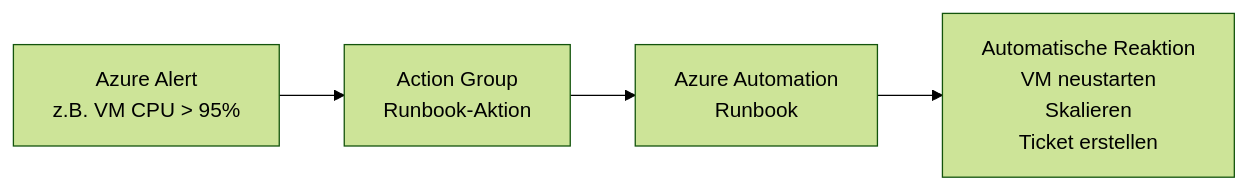
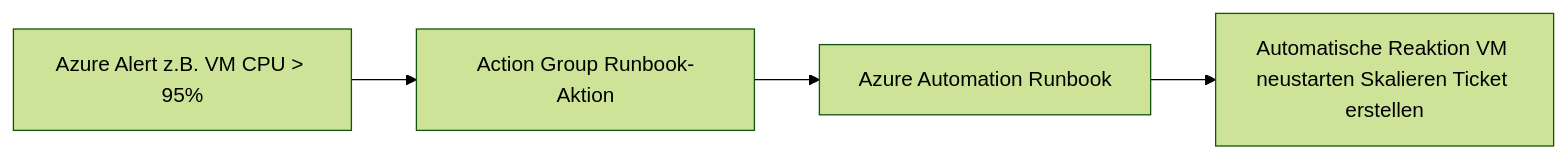
One commit to SoniiiT/notes-n-docs changed the third of 4 diagrams in Microsoft 365/Azure/Monitor und Management/Azure Automation.md. Above: the diagram before and after it, drawn with Mermaid (forest theme). The commit also changed other lines of this file and 124 other files, not shown here.

First line of the commit message:
fix: Entferne \n aus allen Mermaid-Diagrammen (125 Dateien)

````diff
--- a/Microsoft 365/Azure/Monitor und Management/Azure Automation.md
+++ b/Microsoft 365/Azure/Monitor und Management/Azure Automation.md
@@ -301,11 +301,11 @@
 ```mermaid
 graph LR
-    Alert["Azure Alert\nz.B. VM CPU > 95%"]
-    AG["Action Group\nRunbook-Aktion"]
-    AA["Azure Automation\nRunbook"]
-    Action["Automatische Reaktion\nVM neustarten\nSkalieren\nTicket erstellen"]
+    Alert["Azure Alert z.B. VM CPU > 95%"]
+    AG["Action Group Runbook-Aktion"]
+    AA["Azure Automation Runbook"]
+    Action["Automatische Reaktion VM neustarten Skalieren Ticket erstellen"]
 
     Alert --> AG
     AG --> AA
     AA --> Action
 ```
````
